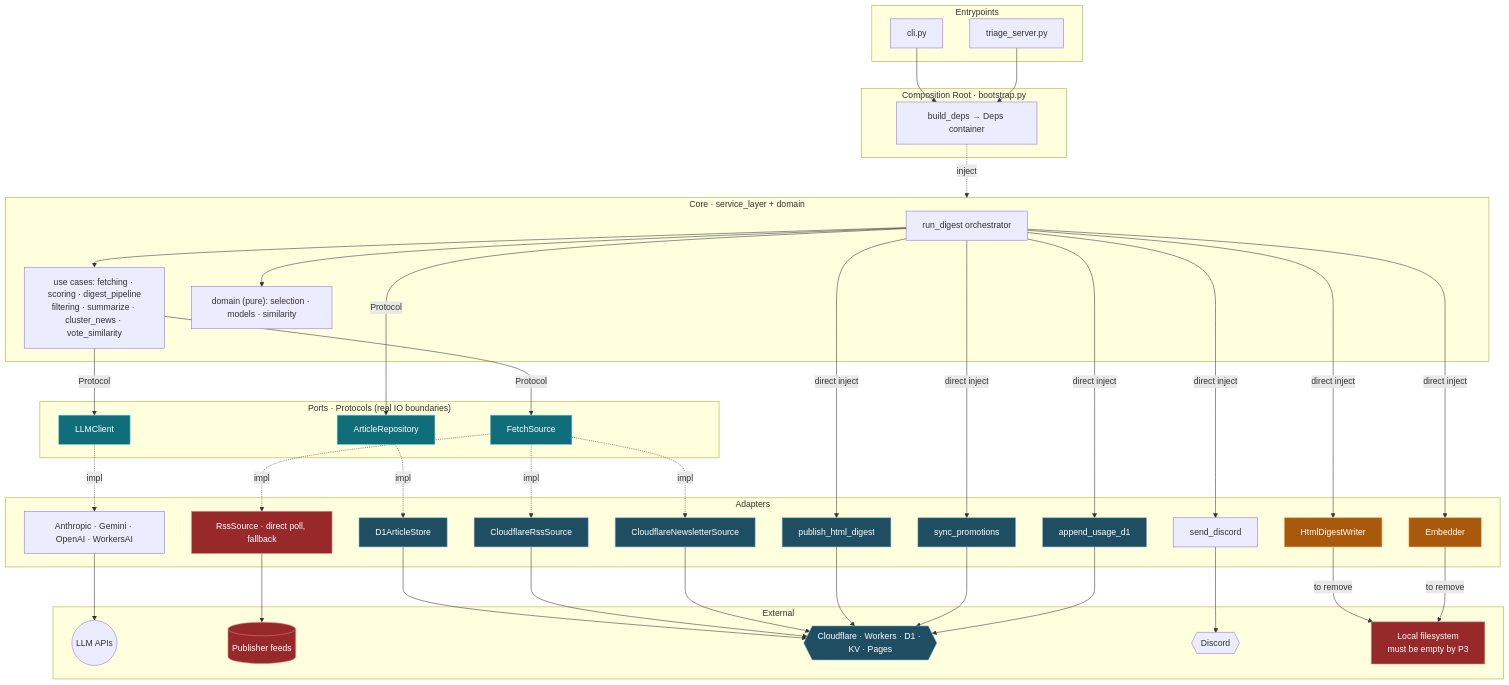
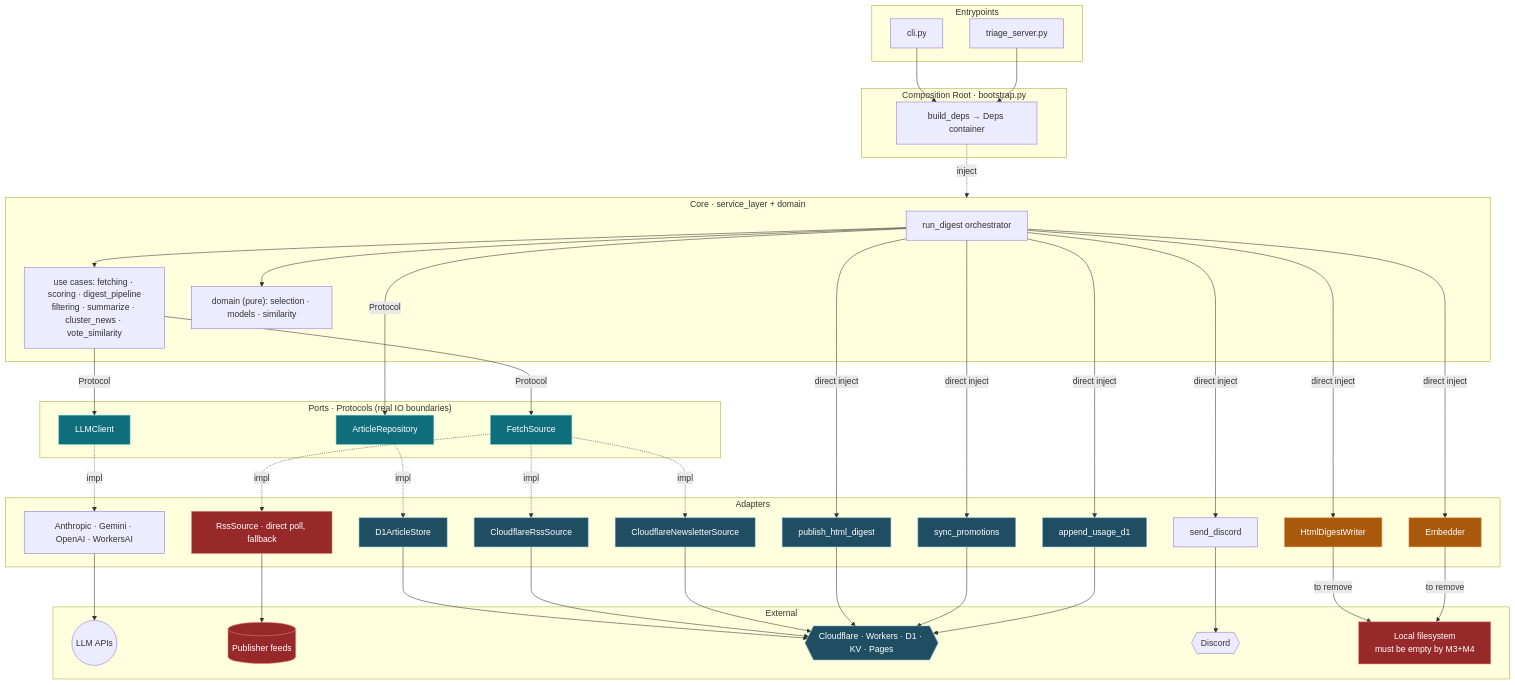
Before and after one commit to musingfox/cyris: the first of 2 diagrams in docs/architecture.md, drawn with Mermaid. The commit also changed other lines of this file and 23 other files, not shown here.

```diff
--- a/docs/architecture.md
+++ b/docs/architecture.md
@@ -71,7 +71,7 @@
         FEEDS[("Publisher feeds")]
         CFW{{"Cloudflare · Workers · D1 · KV · Pages"}}
         DISC{{"Discord"}}
-        FS["Local filesystem<br/>must be empty by P3"]
+        FS["Local filesystem<br/>must be empty by M3+M4"]
     end
 
     CLI --> DEPS
```
